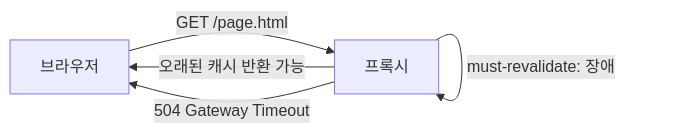
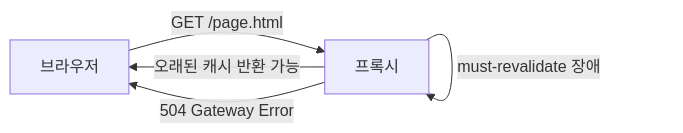
Before and after one commit to yjkim2015/yjkim2015.github.io: the second of 6 diagrams in _posts/http/2021-04-25-http-11.md, drawn with Mermaid. The commit also changed 245 other files, not shown here.

First line of the commit message:
Mermaid 다이어그램 전면 수정 + 면접 포인트 접기/펼치기 + DB 데드락 페이지

````diff
--- a/_posts/http/2021-04-25-http-11.md
+++ b/_posts/http/2021-04-25-http-11.md
@@ -111,8 +111,8 @@
 ```mermaid
 graph LR
     C["브라우저"] -->|"GET /page.html"| P["프록시"]
     P -->|"no-cache: 원서버 장애"| P
     P -->|"오래된 캐시 반환 가능"| C
-    P -->|"must-revalidate: 장애"| P
-    P -->|"504 Gateway Timeout"| C
+    P -->|"must-revalidate 장애"| P
+    P -->|"504 Gateway Error"| C
 ```
````
